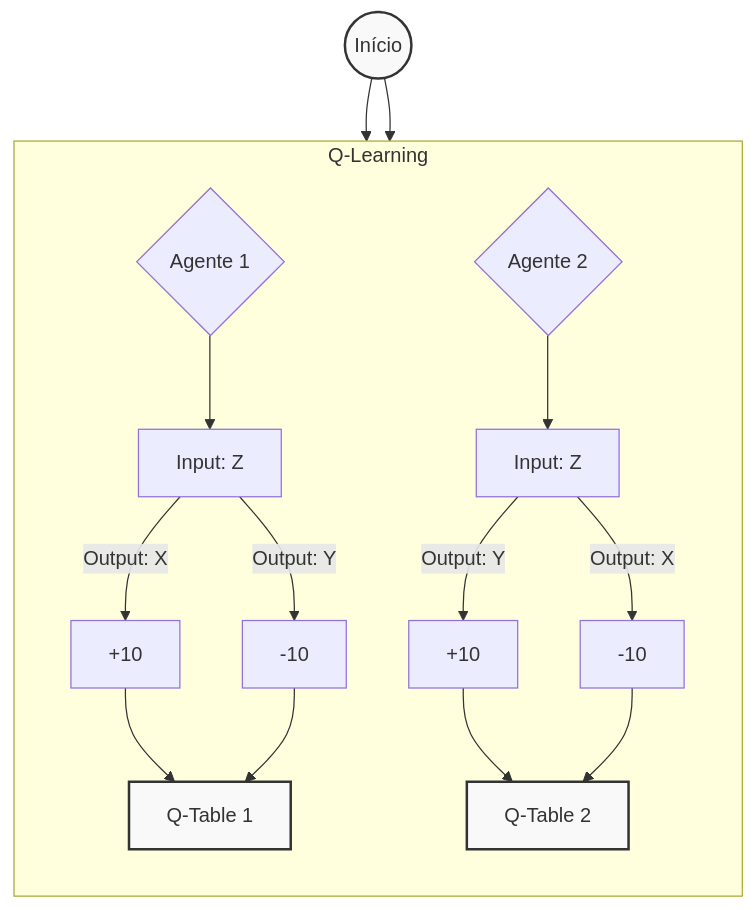
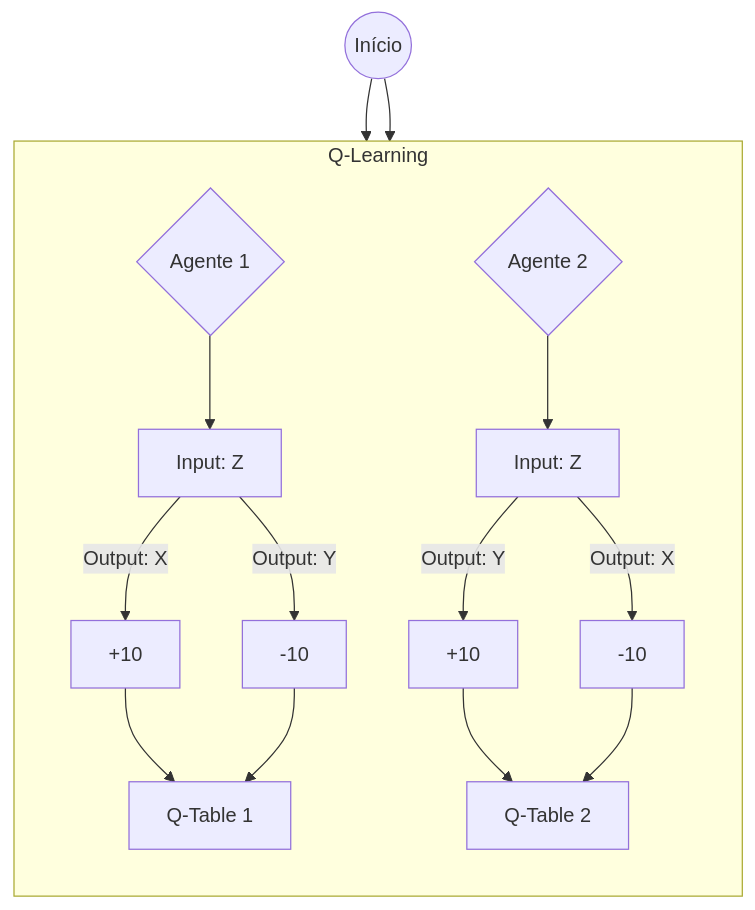
One commit to leosantos2003/Language-Games changed the first of 2 diagrams in README.md. Above: the diagram before and after it, drawn with Mermaid. The commit also changed other lines of this file, not shown here.

````diff
--- a/README.md
+++ b/README.md
@@ -58,33 +58,29 @@
 ```mermaid
 graph TD
     %% --- INÍCIO ---
     Start((Início)) --> Ag1{Agente 1}
     Start --> Ag2{Agente 2}
 
     %% --- ÁREA Q-LEARNING ---
     subgraph Q_Learning [Q-Learning]
         direction TB
         
         %% Caminho do Agente 1
         Ag1 --> InputZ_A1[Input: Z]
         InputZ_A1 -- Output: X --> Pos1[+10]
         InputZ_A1 -- Output: Y --> Neg1[-10]
         
         %% Agente 1 atualiza a Q-Table 1
         Pos1 --> QT1[Q-Table 1]
         Neg1 --> QT1
 
         %% Caminho do Agente 2
         Ag2 --> InputZ_A2[Input: Z]
         InputZ_A2 -- Output: Y --> Pos2[+10]
         InputZ_A2 -- Output: X --> Neg2[-10]
 
         %% Agente 2 atualiza a Q-Table 2
         Pos2 --> QT2[Q-Table 2]
         Neg2 --> QT2
     end
-
-    %% --- ESTILOS ---
-    classDef highlight fill:#f9f9f9,stroke:#333,stroke-width:2px;
-    class Start,QT1,QT2 highlight;
 ```
````
